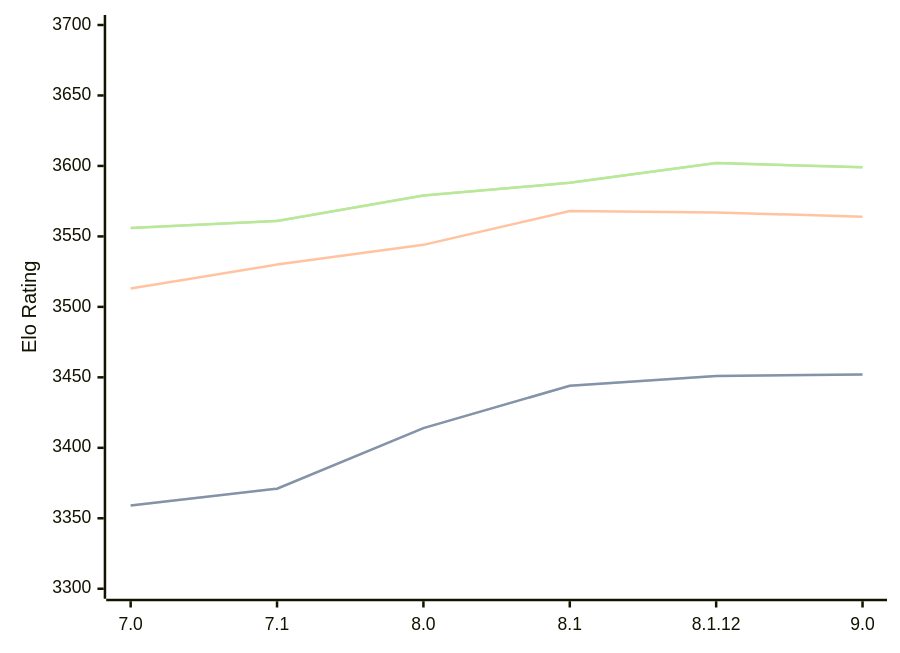
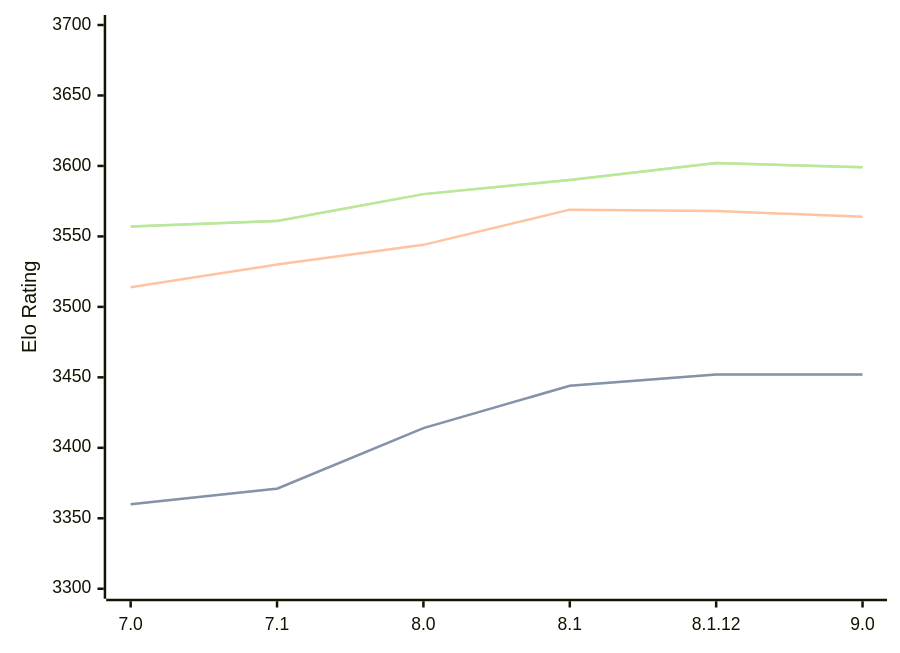
The diagram in engines/Alexandria.md (computer-chess-index/cci), drawn with Mermaid before and after one commit. The commit also changed other lines of this file, not shown here.

Commit message:
Update CCI Ratings (ELO VLTC) - 2026-04-05

````diff
--- a/engines/Alexandria.md
+++ b/engines/Alexandria.md
@@ -55,11 +55,11 @@
 ```mermaid
 %%{init: {"theme":"base","themeVariables":{"seriesColors:['#a3a3a3','#222221','#faa371']}}}%%
 xychart-beta
   x-axis ["7.0", "7.1", "8.0", "8.1", "8.1.12", "9.0"]
   y-axis "Elo Rating" 3300 --> 3700
-  line "STC (8.0+0.08s)" [3359, 3371, 3414, 3444, 3451, 3452]
-  line "STC (8.0+0.08s)" [3359, 3371, 3414, 3444, 3451, 3452]
-  line "LTC (60.0+0.60s)" [3513, 3530, 3544, 3568, 3567, 3564]
-  line "VLTC (2m24s+1.12s)" [3556, 3561, 3579, 3588, 3602, 3599]
-  line "VLTC (2m24s+1.12s)" [3556, 3561, 3579, 3588, 3602, 3599]
+  line "STC (8.0+0.08s)" [3360, 3371, 3414, 3444, 3452, 3452]
+  line "STC (8.0+0.08s)" [3360, 3371, 3414, 3444, 3452, 3452]
+  line "LTC (60.0+0.60s)" [3514, 3530, 3544, 3569, 3568, 3564]
+  line "VLTC (2m24s+1.12s)" [3557, 3561, 3580, 3590, 3602, 3599]
+  line "VLTC (2m24s+1.12s)" [3557, 3561, 3580, 3590, 3602, 3599]
 ```
````
